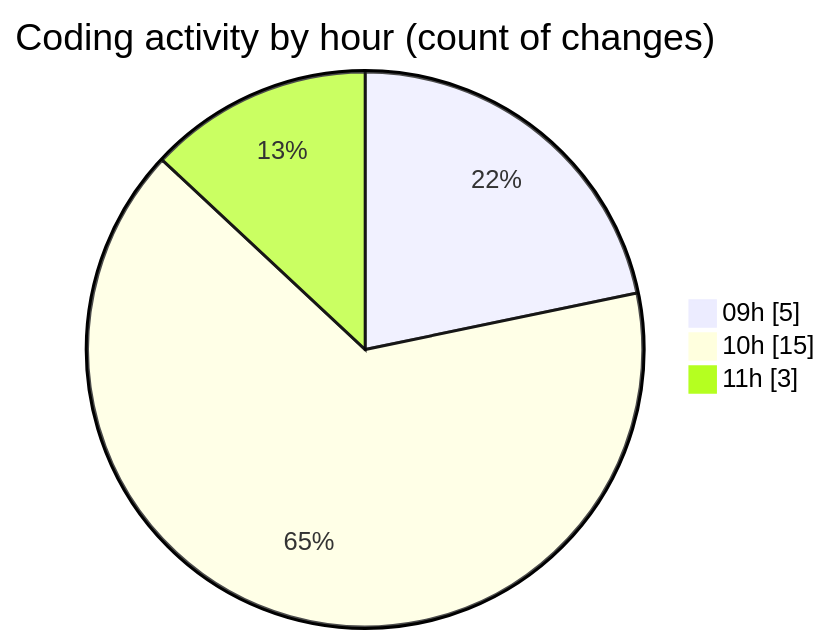
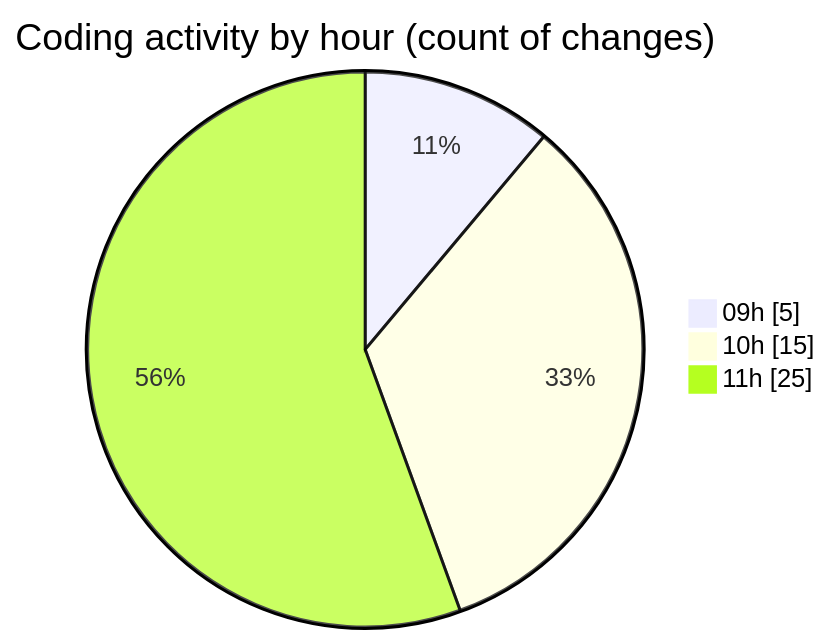
One commit to CELIANVF/code-tracking changed the second of 2 diagrams in 2025-06-13/ecodeli-1/README.md. Above: the diagram before and after it, drawn with Mermaid. The commit also changed other lines of this file and 1 other file, not shown here.

````diff
--- a/2025-06-13/ecodeli-1/README.md
+++ b/2025-06-13/ecodeli-1/README.md
@@ -41,7 +41,7 @@
 ```mermaid
 pie showData
 title Coding activity by hour (count of changes)
 "09h" : 5
 "10h" : 15
-"11h" : 3
+"11h" : 25
 ```
````
